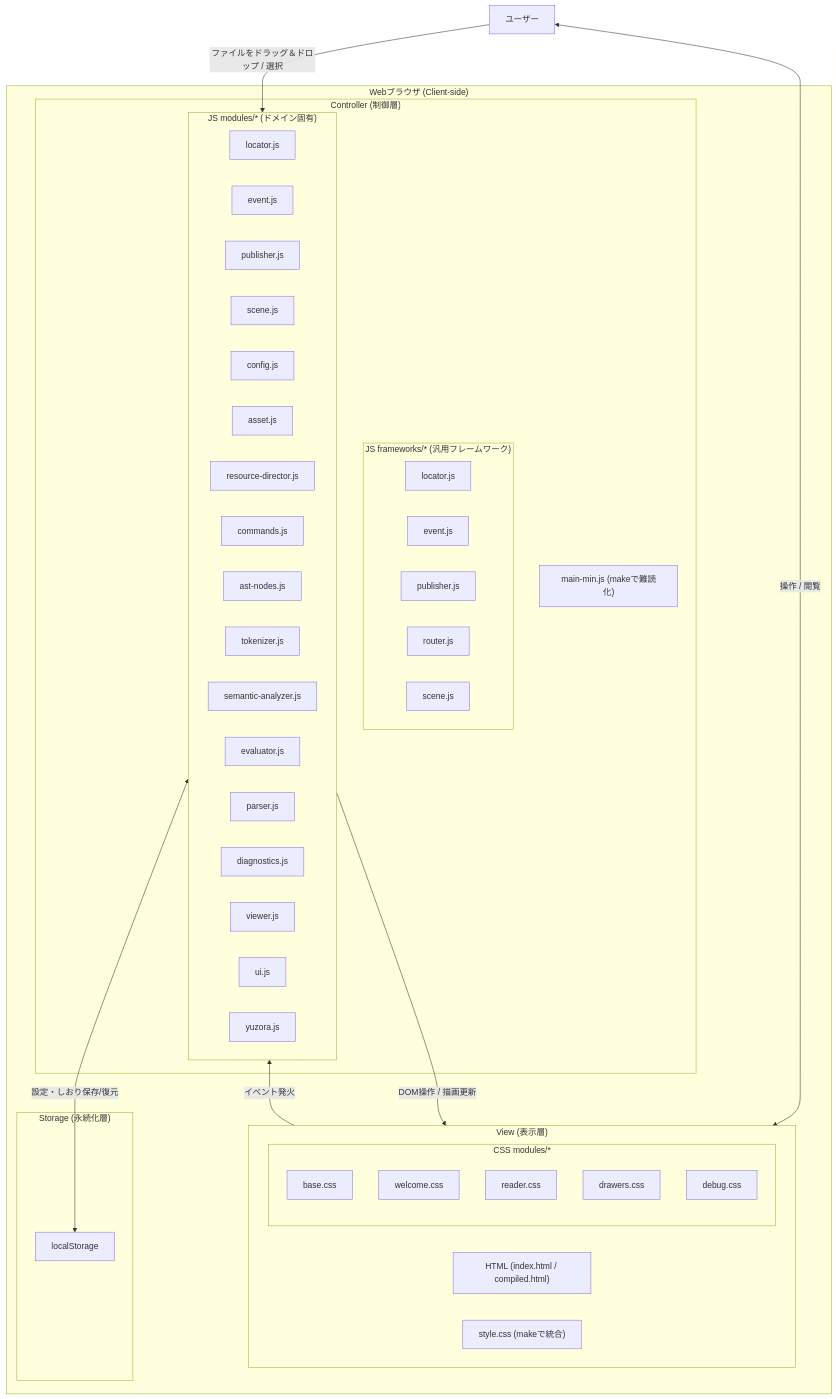
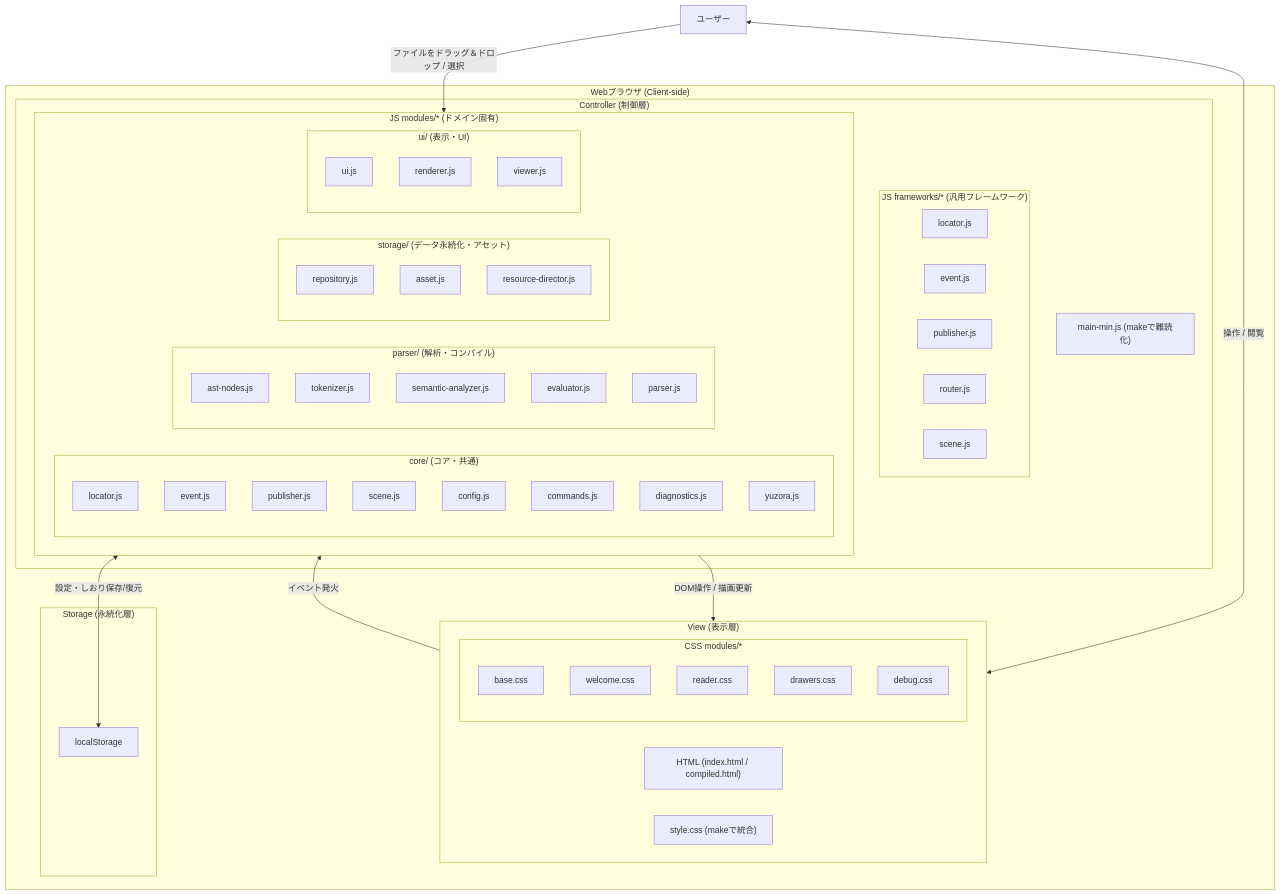
One commit to rokujyouhitoma/yuzora changed the first of 4 diagrams in docs/DSN-01-high_level_design.md. Above: the diagram before and after it, drawn with Mermaid. The commit also changed other lines of this file and 31 other files, not shown here.

````diff
--- a/docs/DSN-01-high_level_design.md
+++ b/docs/DSN-01-high_level_design.md
@@ -13,56 +13,66 @@
 ```mermaid
 graph TD
     subgraph Browser["Webブラウザ (Client-side)"]
         subgraph View["View (表示層)"]
             HTML["HTML (index.html / compiled.html)"]
             subgraph CSSModules["CSS modules/*"]
                 CSS_Base["base.css"]
                 CSS_Welcome["welcome.css"]
                 CSS_Reader["reader.css"]
                 CSS_Drawers["drawers.css"]
                 CSS_Debug["debug.css"]
             end
             CSS_Bundle["style.css (makeで統合)"]
         end
         
         subgraph Controller["Controller (制御層)"]
             subgraph JSFrameworks["JS frameworks/* (汎用フレームワーク)"]
                 JS_F_Locator["locator.js"]
                 JS_F_Event["event.js"]
                 JS_F_Publisher["publisher.js"]
                 JS_F_Router["router.js"]
                 JS_F_Scene["scene.js"]
             end
             subgraph JSModules["JS modules/* (ドメイン固有)"]
-                JS_Locator["locator.js"]
-                JS_Event["event.js"]
-                JS_Publisher["publisher.js"]
-                JS_Scene["scene.js"]
-                JS_Config["config.js"]
-                JS_Asset["asset.js"]
-                JS_Resource["resource-director.js"]
-                JS_Cmds["commands.js"]
-                JS_ASTNodes["ast-nodes.js"]
-                JS_Tokenizer["tokenizer.js"]
-                JS_Semantic["semantic-analyzer.js"]
-                JS_Evaluator["evaluator.js"]
-                JS_Parser["parser.js"]
-                JS_Diag["diagnostics.js"]
-                JS_Viewer["viewer.js"]
-                JS_UI["ui.js"]
-                JS_Yuzora["yuzora.js"]
+                subgraph JS_M_Core["core/ (コア・共通)"]
+                    JS_Locator["locator.js"]
+                    JS_Event["event.js"]
+                    JS_Publisher["publisher.js"]
+                    JS_Scene["scene.js"]
+                    JS_Config["config.js"]
+                    JS_Cmds["commands.js"]
+                    JS_Diag["diagnostics.js"]
+                    JS_Yuzora["yuzora.js"]
+                end
+                subgraph JS_M_Parser["parser/ (解析・コンパイル)"]
+                    JS_ASTNodes["ast-nodes.js"]
+                    JS_Tokenizer["tokenizer.js"]
+                    JS_Semantic["semantic-analyzer.js"]
+                    JS_Evaluator["evaluator.js"]
+                    JS_Parser["parser.js"]
+                end
+                subgraph JS_M_Storage["storage/ (データ永続化・アセット)"]
+                    JS_Repository["repository.js"]
+                    JS_Asset["asset.js"]
+                    JS_Resource["resource-director.js"]
+                end
+                subgraph JS_M_UI["ui/ (表示・UI)"]
+                    JS_UI["ui.js"]
+                    JS_Renderer["renderer.js"]
+                    JS_Viewer["viewer.js"]
+                end
             end
             JS_Bundle["main-min.js (makeで難読化)"]
         end
         
         subgraph Storage["Storage (永続化層)"]
             LocalStorage["localStorage"]
         end
     end
     
     User["ユーザー"] <-->|"操作 / 閲覧"| View
     View -->|"イベント発火"| JSModules
     JSModules -->|"DOM操作 / 描画更新"| View
     JSModules <-->|"設定・しおり保存/復元"| LocalStorage
     User -->|"ファイルをドラッグ＆ドロップ / 選択"| JSModules
 ```
````
